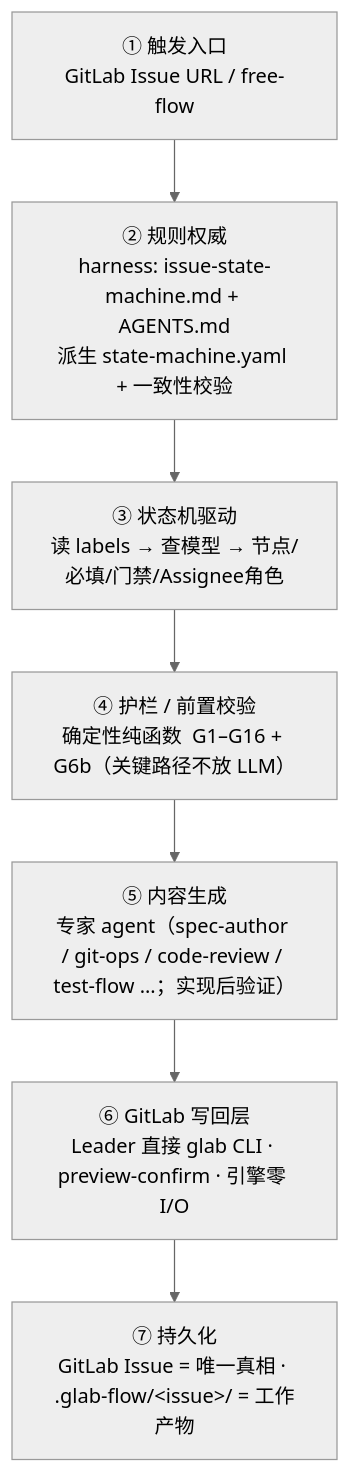
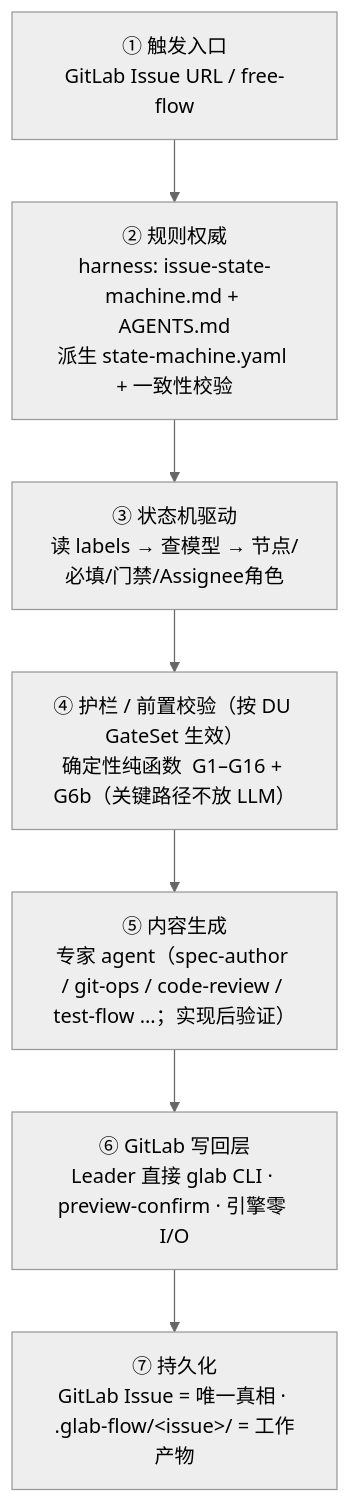
Before and after one commit to jinx911/glab-flow: the third of 3 diagrams in docs/flow.md, drawn with Mermaid (neutral theme). The commit also changed other lines of this file and 7 other files, not shown here.

Commit message:
docs: glab-flow 文档对齐 DU 核心模型（动作分层/GateSet/对账/清理/指标）

````diff
--- a/docs/flow.md
+++ b/docs/flow.md
@@ -76,10 +83,10 @@
 ```mermaid
 flowchart TD
     L1["① 触发入口<br/>GitLab Issue URL / free-flow"] --> L2
     L2["② 规则权威<br/>harness: issue-state-machine.md + AGENTS.md<br/>派生 state-machine.yaml + 一致性校验"] --> L3
     L3["③ 状态机驱动<br/>读 labels → 查模型 → 节点/必填/门禁/Assignee角色"] --> L4
-    L4["④ 护栏 / 前置校验<br/>确定性纯函数  G1–G16 + G6b（关键路径不放 LLM）"] --> L5
+    L4["④ 护栏 / 前置校验（按 DU GateSet 生效）<br/>确定性纯函数  G1–G16 + G6b（关键路径不放 LLM）"] --> L5
     L5["⑤ 内容生成<br/>专家 agent（spec-author / git-ops / code-review / test-flow ...；实现后验证）"] --> L6
     L6["⑥ GitLab 写回层<br/>Leader 直接 glab CLI · preview-confirm · 引擎零 I/O"] --> L7
     L7["⑦ 持久化<br/>GitLab Issue = 唯一真相 · .glab-flow/&lt;issue&gt;/ = 工作产物"]
 ```
````
